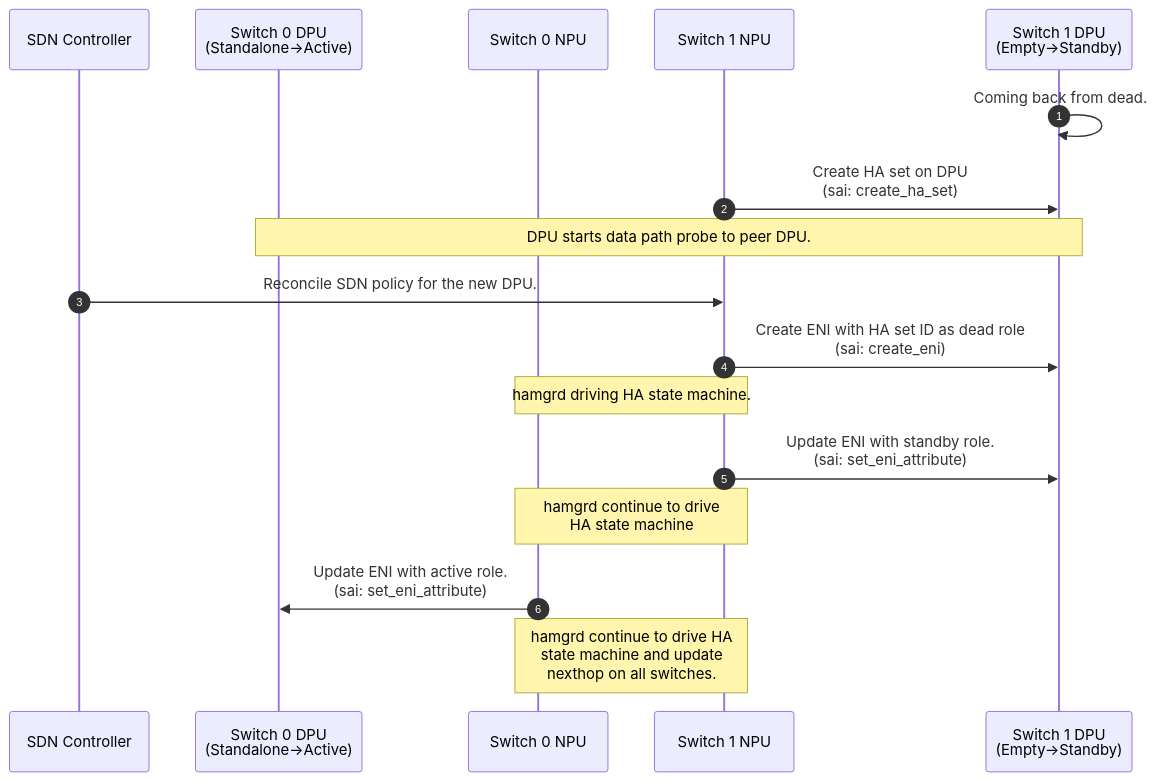
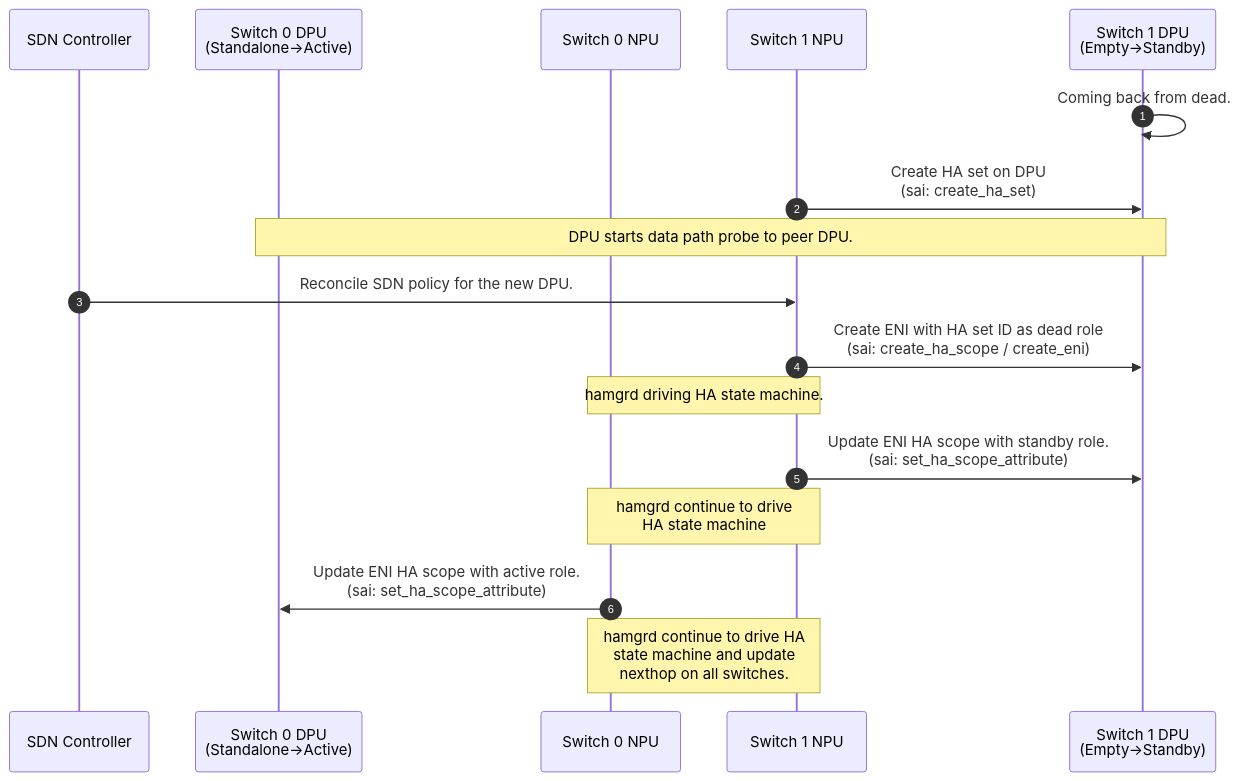
Before and after one commit to sonic-net/DASH: the fifth of 5 diagrams in documentation/high-avail/ha-api-hld.md, drawn with Mermaid. The commit also changed other lines of this file, not shown here.

````diff
--- a/documentation/high-avail/ha-api-hld.md
+++ b/documentation/high-avail/ha-api-hld.md
@@ -493,24 +493,24 @@
 ```mermaid
 sequenceDiagram
     autonumber
 
     participant SDN as SDN Controller
     participant S0D as Switch 0 DPU<br>(Standalone->Active)
     participant S0N as Switch 0 NPU
     participant S1N as Switch 1 NPU
     participant S1D as Switch 1 DPU<br>(Empty->Standby)
 
     S1D->>S1D: Coming back from dead.
     S1N->>S1D: Create HA set on DPU<br>(sai: create_ha_set)
     Note over S0D,S1D: DPU starts data path probe to peer DPU.
 
     SDN->>S1N: Reconcile SDN policy for the new DPU.
-    S1N->>S1D: Create ENI with HA set ID as dead role<br>(sai: create_eni)
+    S1N->>S1D: Create ENI with HA set ID as dead role<br>(sai: create_ha_scope / create_eni)
     Note over S0N,S1N: hamgrd driving HA state machine.
 
-    S1N->>S1D: Update ENI with standby role.<br>(sai: set_eni_attribute)
+    S1N->>S1D: Update ENI HA scope with standby role.<br>(sai: set_ha_scope_attribute)
     Note over S0N,S1N: hamgrd continue to drive<br>HA state machine
-    S0N->>S0D: Update ENI with active role.<br>(sai: set_eni_attribute)
+    S0N->>S0D: Update ENI HA scope with active role.<br>(sai: set_ha_scope_attribute)
 
     Note over S0N,S1N: hamgrd continue to drive HA<br>state machine and update<br>nexthop on all switches.
 ```
````
